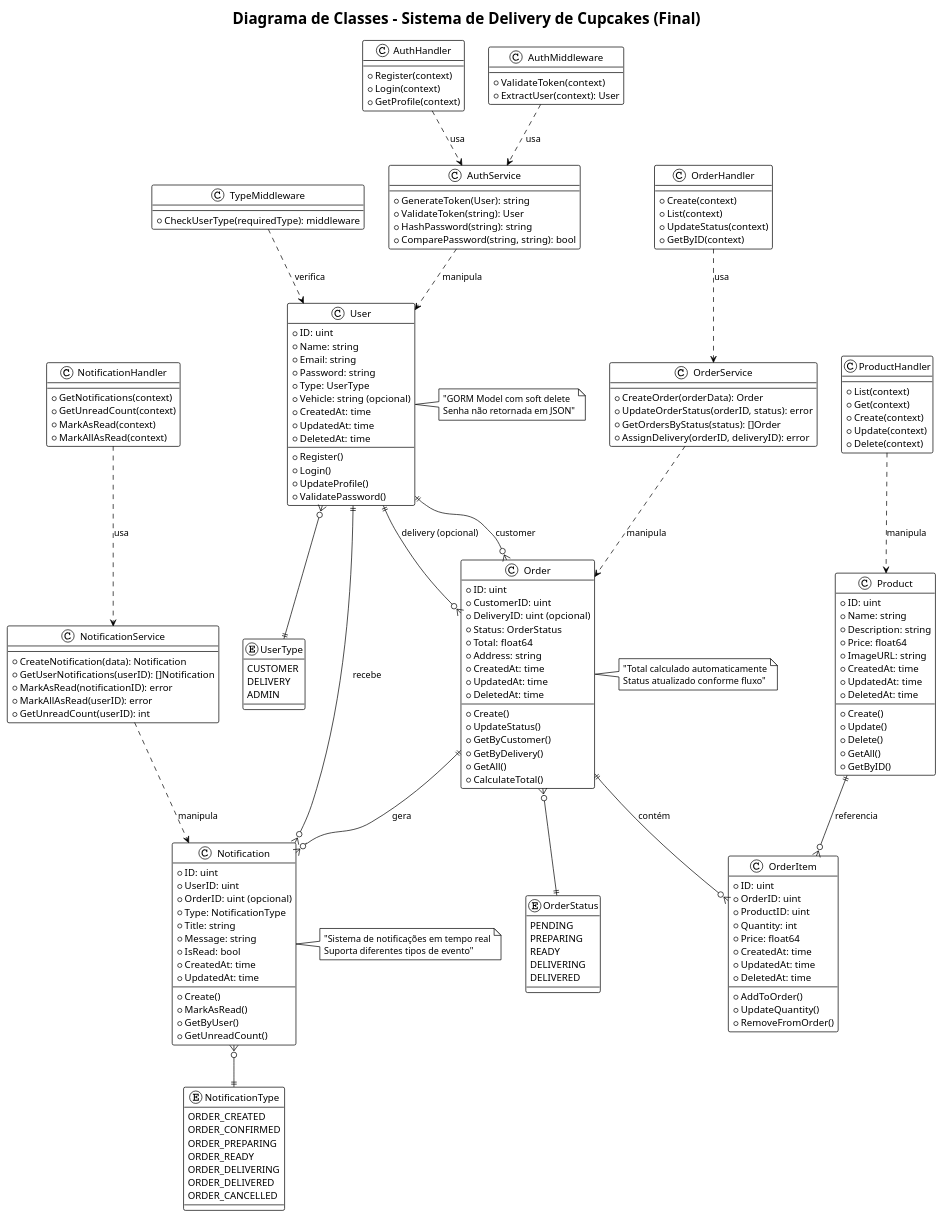
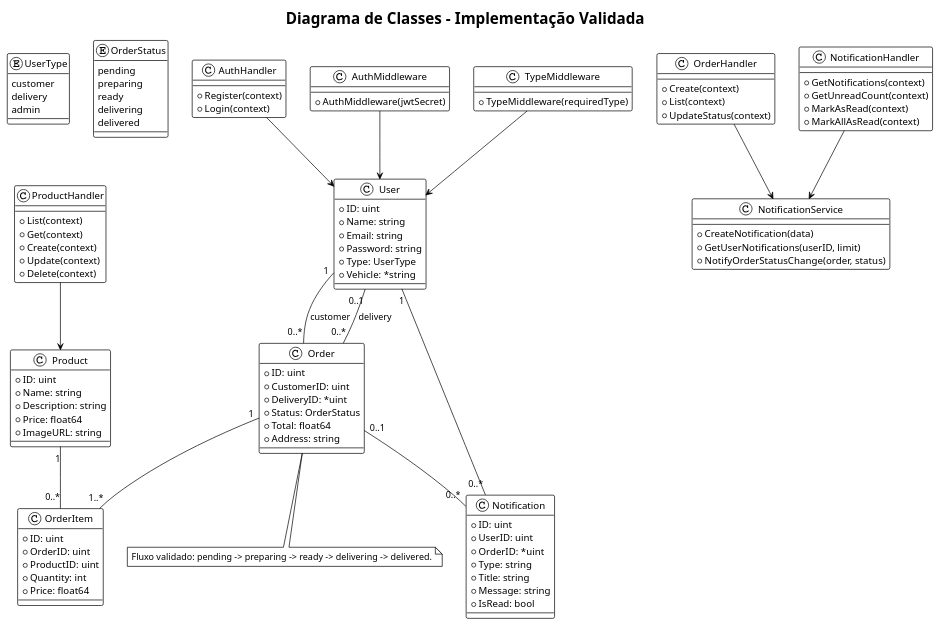
Before and after one commit to c-guedes/cupcake-delivery: the diagram in docs/diagramas/diagrama_classe_final.puml, drawn with PlantUML. The commit also changed 24 other files, not shown here.

```diff
--- a/docs/diagramas/diagrama_classe_final.puml
+++ b/docs/diagramas/diagrama_classe_final.puml
@@ -1,211 +1,104 @@
-@startuml diagrama_classe_completo
+@startuml diagrama_classe_final
 !theme plain
+title Diagrama de Classes - Implementação Validada
 
-title Diagrama de Classes - Sistema de Delivery de Cupcakes (Final)
-
-' Enums
 enum UserType {
-    CUSTOMER
-    DELIVERY  
-    ADMIN
+  customer
+  delivery
+  admin
 }
-
 enum OrderStatus {
-    PENDING
-    PREPARING
-    READY
-    DELIVERING
-    DELIVERED
+  pending
+  preparing
+  ready
+  delivering
+  delivered
 }
-
-enum NotificationType {
-    ORDER_CREATED
-    ORDER_CONFIRMED
-    ORDER_PREPARING
-    ORDER_READY
-    ORDER_DELIVERING
-    ORDER_DELIVERED
-    ORDER_CANCELLED
+class User {
+  +ID: uint
+  +Name: string
+  +Email: string
+  +Password: string
+  +Type: UserType
+  +Vehicle: *string
 }
-
-' Classes principais
-class User {
-    +ID: uint
-    +Name: string
-    +Email: string
-    +Password: string
-    +Type: UserType
-    +Vehicle: string (opcional)
-    +CreatedAt: time
-    +UpdatedAt: time
-    +DeletedAt: time
-    --
-    +Register()
-    +Login()
-    +UpdateProfile()
-    +ValidatePassword()
+class Product {
+  +ID: uint
+  +Name: string
+  +Description: string
+  +Price: float64
+  +ImageURL: string
 }
-
-class Product {
-    +ID: uint
-    +Name: string
-    +Description: string
-    +Price: float64
-    +ImageURL: string
-    +CreatedAt: time
-    +UpdatedAt: time
-    +DeletedAt: time
-    --
-    +Create()
-    +Update()
-    +Delete()
-    +GetAll()
-    +GetByID()
+class Order {
+  +ID: uint
+  +CustomerID: uint
+  +DeliveryID: *uint
+  +Status: OrderStatus
+  +Total: float64
+  +Address: string
 }
-
-class Order {
-    +ID: uint
-    +CustomerID: uint
-    +DeliveryID: uint (opcional)
-    +Status: OrderStatus
-    +Total: float64
-    +Address: string
-    +CreatedAt: time
-    +UpdatedAt: time
-    +DeletedAt: time
-    --
-    +Create()
-    +UpdateStatus()
-    +GetByCustomer()
-    +GetByDelivery()
-    +GetAll()
-    +CalculateTotal()
+class OrderItem {
+  +ID: uint
+  +OrderID: uint
+  +ProductID: uint
+  +Quantity: int
+  +Price: float64
 }
-
-class OrderItem {
-    +ID: uint
-    +OrderID: uint
-    +ProductID: uint
-    +Quantity: int
-    +Price: float64
-    +CreatedAt: time
-    +UpdatedAt: time
-    +DeletedAt: time
-    --
-    +AddToOrder()
-    +UpdateQuantity()
-    +RemoveFromOrder()
+class Notification {
+  +ID: uint
+  +UserID: uint
+  +OrderID: *uint
+  +Type: string
+  +Title: string
+  +Message: string
+  +IsRead: bool
 }
-
-class Notification {
-    +ID: uint
-    +UserID: uint
-    +OrderID: uint (opcional)
-    +Type: NotificationType
-    +Title: string
-    +Message: string
-    +IsRead: bool
-    +CreatedAt: time
-    +UpdatedAt: time
-    --
-    +Create()
-    +MarkAsRead()
-    +GetByUser()
-    +GetUnreadCount()
+class AuthHandler {
+  +Register(context)
+  +Login(context)
 }
-
-' Services
-class AuthService {
-    +GenerateToken(User): string
-    +ValidateToken(string): User
-    +HashPassword(string): string
-    +ComparePassword(string, string): bool
+class ProductHandler {
+  +List(context)
+  +Get(context)
+  +Create(context)
+  +Update(context)
+  +Delete(context)
 }
-
+class OrderHandler {
+  +Create(context)
+  +List(context)
+  +UpdateStatus(context)
+}
+class NotificationHandler {
+  +GetNotifications(context)
+  +GetUnreadCount(context)
+  +MarkAsRead(context)
+  +MarkAllAsRead(context)
+}
 class NotificationService {
-    +CreateNotification(data): Notification
-    +GetUserNotifications(userID): []Notification
-    +MarkAsRead(notificationID): error
-    +MarkAllAsRead(userID): error
-    +GetUnreadCount(userID): int
+  +CreateNotification(data)
+  +GetUserNotifications(userID, limit)
+  +NotifyOrderStatusChange(order, status)
 }
-
-class OrderService {
-    +CreateOrder(orderData): Order
-    +UpdateOrderStatus(orderID, status): error
-    +GetOrdersByStatus(status): []Order
-    +AssignDelivery(orderID, deliveryID): error
+class AuthMiddleware {
+  +AuthMiddleware(jwtSecret)
 }
-
-' Handlers
-class AuthHandler {
-    +Register(context)
-    +Login(context)
-    +GetProfile(context)
+class TypeMiddleware {
+  +TypeMiddleware(requiredType)
 }
-
-class ProductHandler {
-    +List(context)
-    +Get(context)
-    +Create(context)
-    +Update(context)
-    +Delete(context)
-}
-
-class OrderHandler {
-    +Create(context)
-    +List(context)
-    +UpdateStatus(context)
-    +GetByID(context)
-}
-
-class NotificationHandler {
-    +GetNotifications(context)
-    +GetUnreadCount(context)
-    +MarkAsRead(context)
-    +MarkAllAsRead(context)
-}
-
-' Relações entre entidades
-User ||--o{ Order : "customer"
-User ||--o{ Order : "delivery (opcional)"
-User ||--o{ Notification : "recebe"
-
-Order ||--o{ OrderItem : "contém"
-Order ||--o{ Notification : "gera"
-
-Product ||--o{ OrderItem : "referencia"
-
-User }o--|| UserType
-Order }o--|| OrderStatus
-Notification }o--|| NotificationType
-
-' Relações com services
-AuthService ..> User : "manipula"
-NotificationService ..> Notification : "manipula"
-OrderService ..> Order : "manipula"
-
-' Relações com handlers
-AuthHandler ..> AuthService : "usa"
-ProductHandler ..> Product : "manipula"
-OrderHandler ..> OrderService : "usa"
-NotificationHandler ..> NotificationService : "usa"
-
-' Middleware
-class AuthMiddleware {
-    +ValidateToken(context)
-    +ExtractUser(context): User
-}
-
-class TypeMiddleware {
-    +CheckUserType(requiredType): middleware
-}
-
-AuthMiddleware ..> AuthService : "usa"
-TypeMiddleware ..> User : "verifica"
-
-note right of User : "GORM Model com soft delete\nSenha não retornada em JSON"
-note right of Order : "Total calculado automaticamente\nStatus atualizado conforme fluxo"
-note right of Notification : "Sistema de notificações em tempo real\nSuporta diferentes tipos de evento"
-
+User "1" -- "0..*" Order : customer
+User "0..1" -- "0..*" Order : delivery
+Order "1" -- "1..*" OrderItem
+Product "1" -- "0..*" OrderItem
+User "1" -- "0..*" Notification
+Order "0..1" -- "0..*" Notification
+OrderHandler --> NotificationService
+NotificationHandler --> NotificationService
+AuthHandler --> User
+ProductHandler --> Product
+AuthMiddleware --> User
+TypeMiddleware --> User
+note bottom of Order
+Fluxo validado: pending -> preparing -> ready -> delivering -> delivered.
+end note
 @enduml
```
